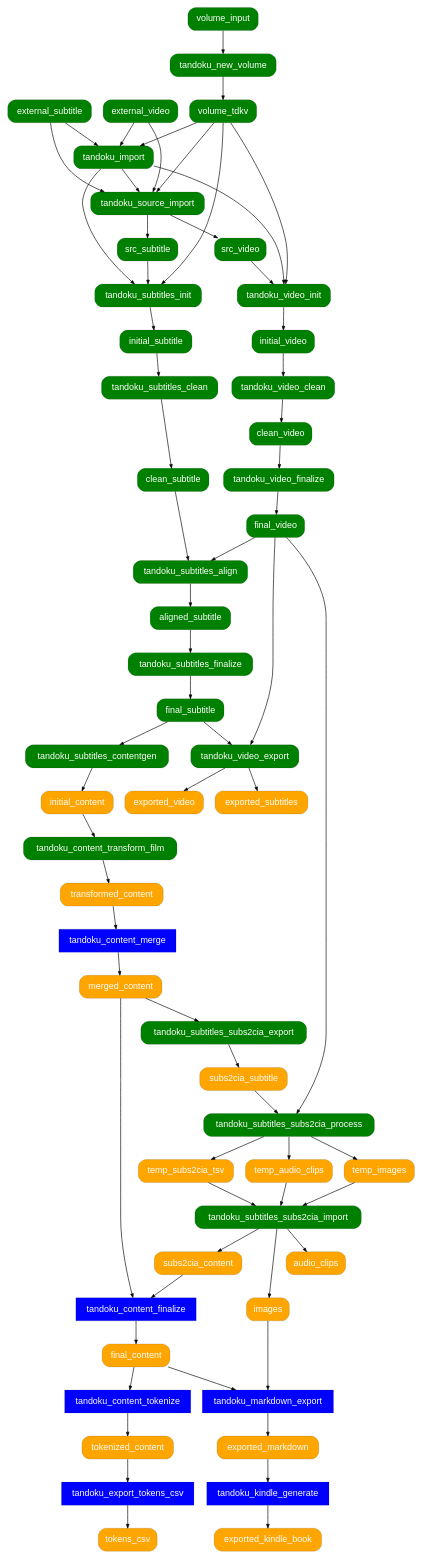
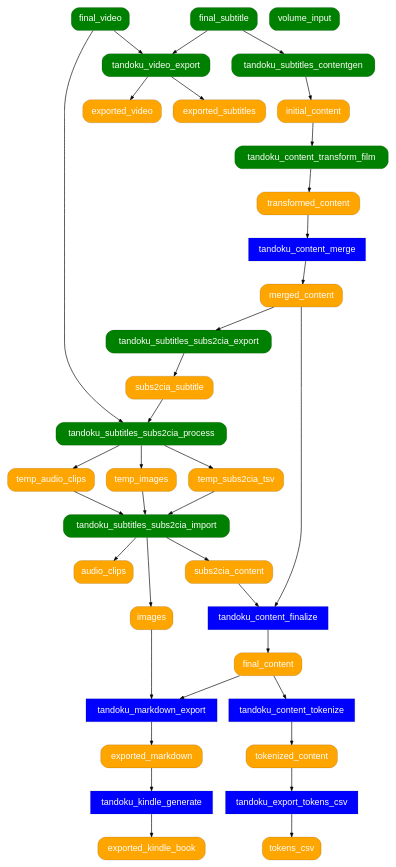
The diagram in docs/tandoku-workflow.dot (tandoku/tandoku), drawn with Graphviz before and after one commit. The commit also changed 1 other file, not shown here.

```diff
--- a/docs/tandoku-workflow.dot
+++ b/docs/tandoku-workflow.dot
@@ -1,178 +1,178 @@
 # TODO: consider generating this from spreadsheet data using PSGraph
 # (or create workflow definition in YAML, import to spreadsheet and generate graph from YAML)
 digraph {
     graph [fontname="Helvetica"];
     node [fontname="Helvetica" penwidth=0.2];
     edge [fontname="Helvetica" arrowsize="0.6"];
 
     # processes
     node [shape=rect style="filled" fillcolor=blue fontcolor=white];
     # TODO: align to new module-based API structure
     #tandoku_new_volume
 
     tandoku_export_tokens_csv
 
     #tandoku_import
     
     ## source processes
     #tandoku_source_import
 
     ## film processes (subtitles, video)
     #tandoku_subtitles_init
     #tandoku_subtitles_clean
     #tandoku_subtitles_align
     #tandoku_subtitles_finalize
     #tandoku_subtitles_contentgen
 
     #tandoku_subtitles_subs2cia_export
     #tandoku_subtitles_subs2cia_process
     #tandoku_subtitles_subs2cia_import
 
     #tandoku_video_init
     #tandoku_video_clean
     #tandoku_video_finalize
     #tandoku_video_export
 
     #tandoku_content_transform_film
 
     ## content processes
     tandoku_content_merge
     tandoku_content_finalize
     tandoku_content_tokenize
 
     ## markdown, kindle processses
     tandoku_markdown_export
     tandoku_kindle_generate
 
     # artifacts
     node [shape=rect style="filled,rounded" fillcolor=orange];
     #volume_tdkv
 
     initial_content
     transformed_content
     merged_content
     tokenized_content
     final_content
 
     images
 
     audio_clips
 
     tokens_csv
 
     ## film artifacts
     #external_subtitle
     #src_subtitle
     #initial_subtitle
     #clean_subtitle
     #aligned_subtitle
     #final_subtitle
 
     #external_video
     #src_video
     #initial_video
     #clean_video
     #final_video
 
     exported_video
     exported_subtitles
 
     subs2cia_subtitle
     temp_subs2cia_tsv
     temp_audio_clips
     temp_images
     subs2cia_content
 
     ## markdown, kindle
     exported_markdown
     exported_kindle_book
 
     # user input
     node [shape=rect style="filled,rounded" fillcolor=green];
     volume_input
 
     # edges
-    volume_input -> tandoku_new_volume
-    tandoku_new_volume -> volume_tdkv
+    #volume_input -> tandoku_new_volume
+    #tandoku_new_volume -> volume_tdkv
 
     tokenized_content -> tandoku_export_tokens_csv
     tandoku_export_tokens_csv -> tokens_csv
 
-    external_subtitle -> tandoku_import
-    external_video -> tandoku_import
-    volume_tdkv -> tandoku_import
-    tandoku_import -> tandoku_source_import
-    tandoku_import -> tandoku_subtitles_init
-    tandoku_import -> tandoku_video_init
+    #external_subtitle -> tandoku_import
+    #external_video -> tandoku_import
+    #volume_tdkv -> tandoku_import
+    #tandoku_import -> tandoku_source_import
+    #tandoku_import -> tandoku_subtitles_init
+    #tandoku_import -> tandoku_video_init
 
-    volume_tdkv -> tandoku_source_import
+    #volume_tdkv -> tandoku_source_import
 
     ## film edges
-    external_subtitle -> tandoku_source_import
-    tandoku_source_import -> src_subtitle
-    src_subtitle -> tandoku_subtitles_init
-    volume_tdkv -> tandoku_subtitles_init
-    tandoku_subtitles_init -> initial_subtitle
-    initial_subtitle -> tandoku_subtitles_clean
-    tandoku_subtitles_clean -> clean_subtitle
+    #external_subtitle -> tandoku_source_import
+    #tandoku_source_import -> src_subtitle
+    #src_subtitle -> tandoku_subtitles_init
+    #volume_tdkv -> tandoku_subtitles_init
+    #tandoku_subtitles_init -> initial_subtitle
+    #initial_subtitle -> tandoku_subtitles_clean
+    #tandoku_subtitles_clean -> clean_subtitle
 
-    external_video -> tandoku_source_import
-    tandoku_source_import -> src_video
-    src_video -> tandoku_video_init
-    volume_tdkv -> tandoku_video_init
-    tandoku_video_init -> initial_video
-    initial_video -> tandoku_video_clean
-    tandoku_video_clean -> clean_video
-    clean_video -> tandoku_video_finalize
-    tandoku_video_finalize -> final_video
+    #external_video -> tandoku_source_import
+    #tandoku_source_import -> src_video
+    #src_video -> tandoku_video_init
+    #volume_tdkv -> tandoku_video_init
+    #tandoku_video_init -> initial_video
+    #initial_video -> tandoku_video_clean
+    #tandoku_video_clean -> clean_video
+    #clean_video -> tandoku_video_finalize
+    #tandoku_video_finalize -> final_video
 
-    clean_subtitle -> tandoku_subtitles_align
-    final_video -> tandoku_subtitles_align
-    tandoku_subtitles_align -> aligned_subtitle
-    aligned_subtitle -> tandoku_subtitles_finalize
-    tandoku_subtitles_finalize -> final_subtitle
+    #clean_subtitle -> tandoku_subtitles_align
+    #final_video -> tandoku_subtitles_align
+    #tandoku_subtitles_align -> aligned_subtitle
+    #aligned_subtitle -> tandoku_subtitles_finalize
+    #tandoku_subtitles_finalize -> final_subtitle
 
     final_subtitle -> tandoku_video_export
     final_video -> tandoku_video_export
     tandoku_video_export -> exported_video
     tandoku_video_export -> exported_subtitles
 
     final_subtitle -> tandoku_subtitles_contentgen
     tandoku_subtitles_contentgen -> initial_content
 
     initial_content -> tandoku_content_transform_film
     tandoku_content_transform_film -> transformed_content
 
     merged_content -> tandoku_subtitles_subs2cia_export
     tandoku_subtitles_subs2cia_export -> subs2cia_subtitle
     subs2cia_subtitle -> tandoku_subtitles_subs2cia_process
     final_video -> tandoku_subtitles_subs2cia_process
     tandoku_subtitles_subs2cia_process -> temp_subs2cia_tsv
     tandoku_subtitles_subs2cia_process -> temp_audio_clips
     tandoku_subtitles_subs2cia_process -> temp_images
     temp_subs2cia_tsv -> tandoku_subtitles_subs2cia_import
     temp_audio_clips -> tandoku_subtitles_subs2cia_import
     temp_images -> tandoku_subtitles_subs2cia_import
     tandoku_subtitles_subs2cia_import -> audio_clips
     tandoku_subtitles_subs2cia_import -> images
     tandoku_subtitles_subs2cia_import -> subs2cia_content
     subs2cia_content -> tandoku_content_finalize
 
     ## general content edges
     transformed_content -> tandoku_content_merge
     tandoku_content_merge -> merged_content
     merged_content -> tandoku_content_finalize
     tandoku_content_finalize -> final_content
 
     final_content -> tandoku_content_tokenize
     tandoku_content_tokenize -> tokenized_content
 
     ## markdown export
     final_content -> tandoku_markdown_export
     images -> tandoku_markdown_export
     tandoku_markdown_export -> exported_markdown
 
     ## kindle export
     exported_markdown -> tandoku_kindle_generate
     tandoku_kindle_generate -> exported_kindle_book
 }
```
